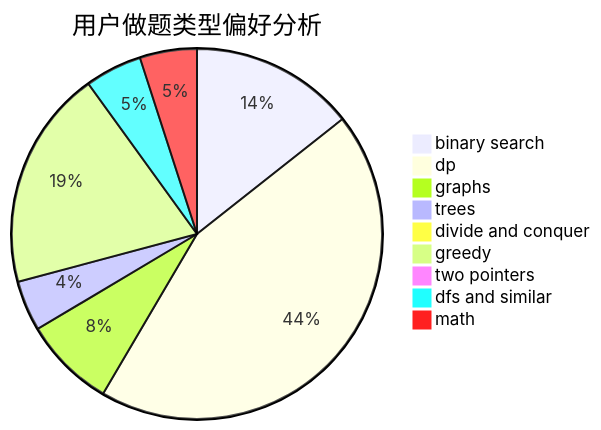
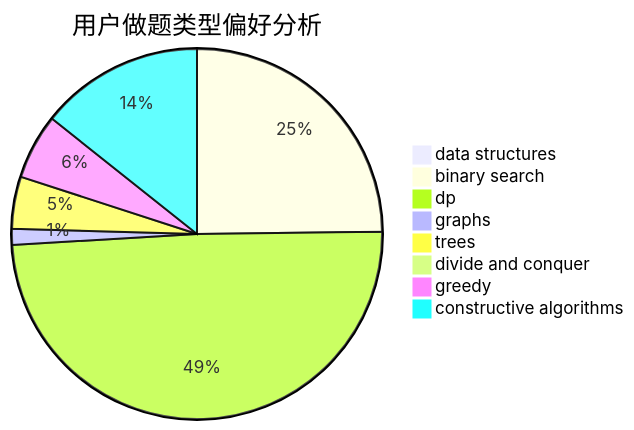
One commit to sherpahu/cfrs.github.io changed the second of 3 diagrams in docs/user/u2523.md. Above: the diagram before and after it, drawn with Mermaid. The commit also changed other lines of this file and 2775 other files, not shown here.

````diff
--- a/docs/user/u2523.md
+++ b/docs/user/u2523.md
@@ -23,12 +23,11 @@
 ```mermaid
 pie title 用户做题类型偏好分析
+    "data structures" :  5
     "binary search" :  196
-    "dp" :  602
-    "graphs" :  109
-    "trees" :  60
-    "divide and conquer" :  10
-    "greedy" :  262
-    "two pointers" :  0
-    "dfs and similar" :  68
-    "math" :  68
+    "dp" :  389
+    "graphs" :  11
+    "trees" :  36
+    "divide and conquer" :  0
+    "greedy" :  45
+    "constructive algorithms" :  113
 ```
````
